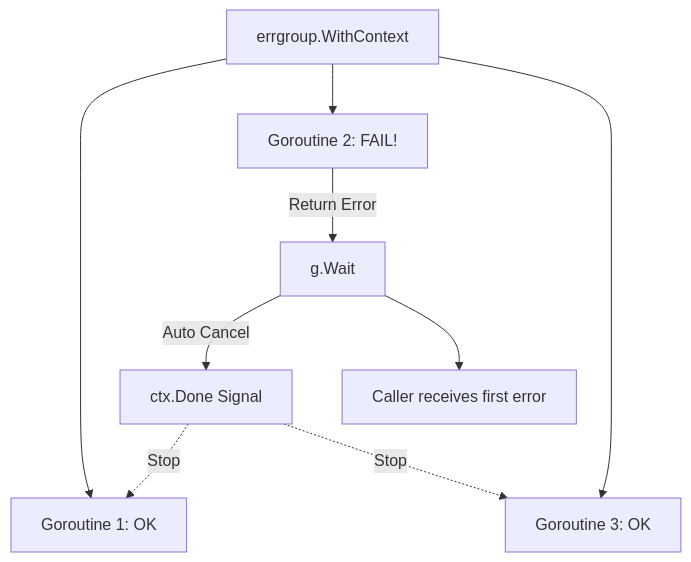
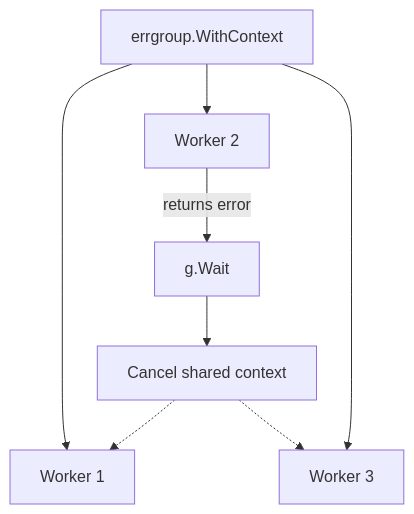
One commit to syahputrawork98-sketch/Golang-Knowledge-Base changed the diagram in RAK-03-evolution/SR-03-concurrency/BK-03-resilience/CH-02-errgroup/README.md. Above: the diagram before and after it, drawn with Mermaid. The commit also changed other lines of this file and 61 other files, not shown here.

````diff
--- a/RAK-03-evolution/SR-03-concurrency/BK-03-resilience/CH-02-errgroup/README.md
+++ b/RAK-03-evolution/SR-03-concurrency/BK-03-resilience/CH-02-errgroup/README.md
@@ -38,13 +35,10 @@
 ```mermaid
 graph TD
-    Group[errgroup.WithContext] --> G1[Goroutine 1: OK]
-    Group --> G2[Goroutine 2: FAIL!]
-    Group --> G3[Goroutine 3: OK]
-    
-    G2 -->|Return Error| Wait[g.Wait]
-    Wait -->|Auto Cancel| Done[ctx.Done Signal]
-    Done -.->|Stop| G1
-    Done -.->|Stop| G3
-    
-    Wait --> Caller[Caller receives first error]
+    Group[errgroup.WithContext] --> G1[Worker 1]
+    Group --> G2[Worker 2]
+    Group --> G3[Worker 3]
+    G2 -->|returns error| Wait[g.Wait]
+    Wait --> Cancel[Cancel shared context]
+    Cancel -.-> G1
+    Cancel -.-> G3
 ```
````
